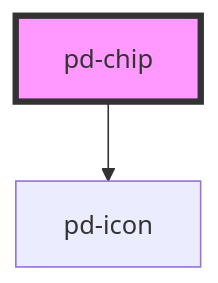
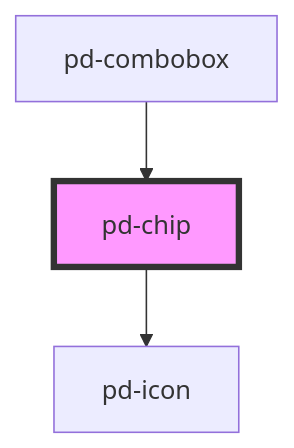
Before and after one commit to Lambda-IT/parlamentsdienste-components: the diagram in src/components/pd-chip/readme.md, drawn with Mermaid. The commit also changed other lines of this file and 6 other files, not shown here.

````diff
--- a/src/components/pd-chip/readme.md
+++ b/src/components/pd-chip/readme.md
@@ -58,5 +62,6 @@
 ```mermaid
 graph TD;
   pd-chip --> pd-icon
+  pd-combobox --> pd-chip
   style pd-chip fill:#f9f,stroke:#333,stroke-width:4px
 ```
````
